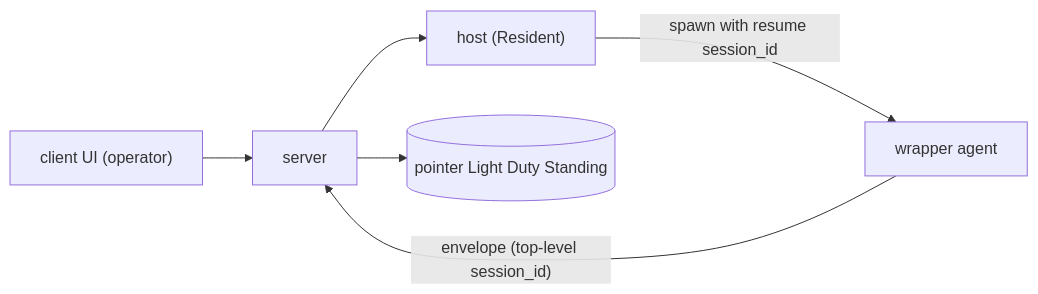
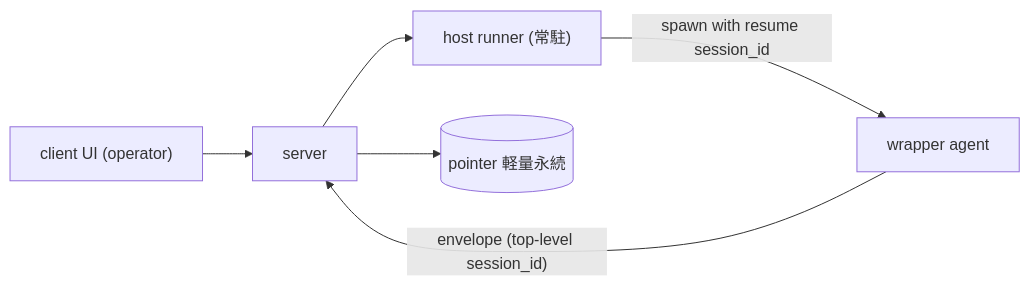
One commit to sakuraiyuta/kaoiro changed the diagram in docs/adr/0014-session-resume-and-restore.md. Above: the diagram before and after it, drawn with Mermaid. The commit also changed other lines of this file and 54 other files, not shown here.

````diff
--- a/docs/adr/0014-session-resume-and-restore.md
+++ b/docs/adr/0014-session-resume-and-restore.md
@@ -59,8 +59,8 @@
 ```mermaid
 flowchart LR
   client["client UI (operator)"] --> server
-  server --> runner["host   (Resident)"]
+  server --> runner["host runner (常駐)"]
   runner -->|"spawn with resume session_id"| wrapper["wrapper agent"]
   wrapper -->|"envelope (top-level session_id)"| server
-  server --> store[("pointer Light Duty Standing")]
+  server --> store[("pointer 軽量永続")]
 ```
````
